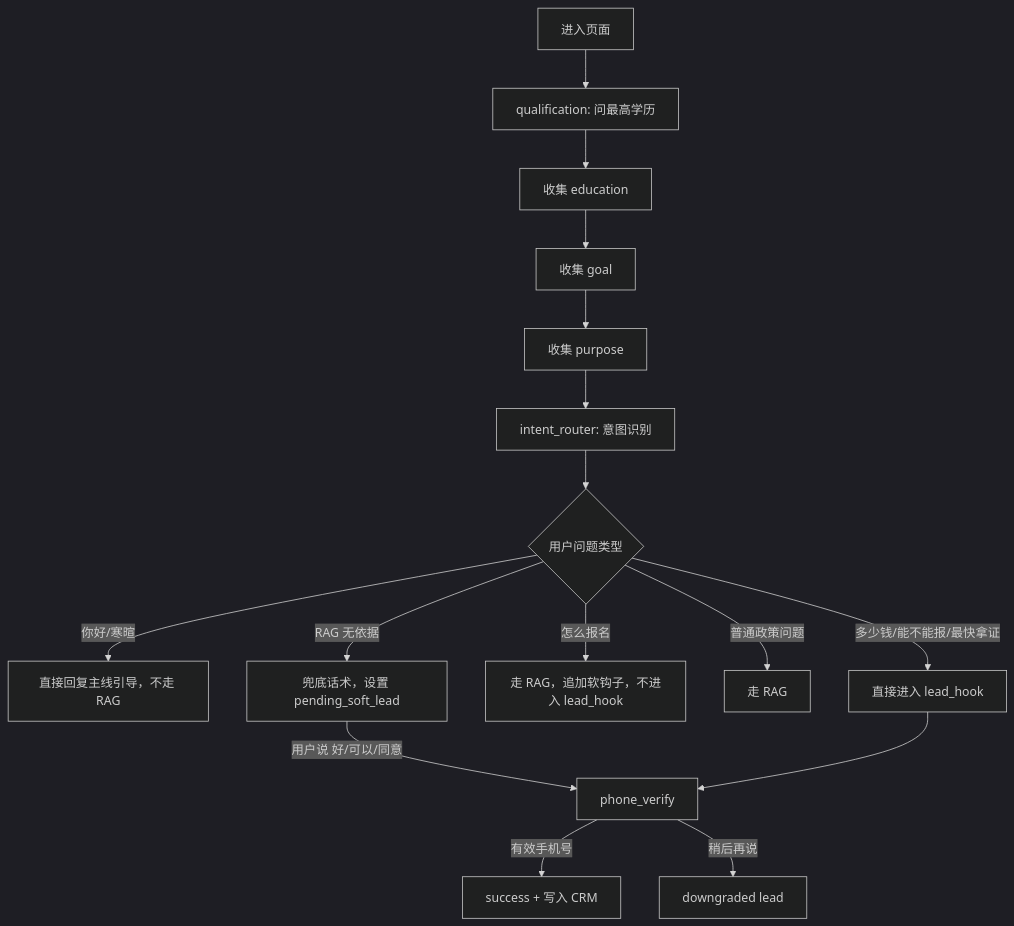
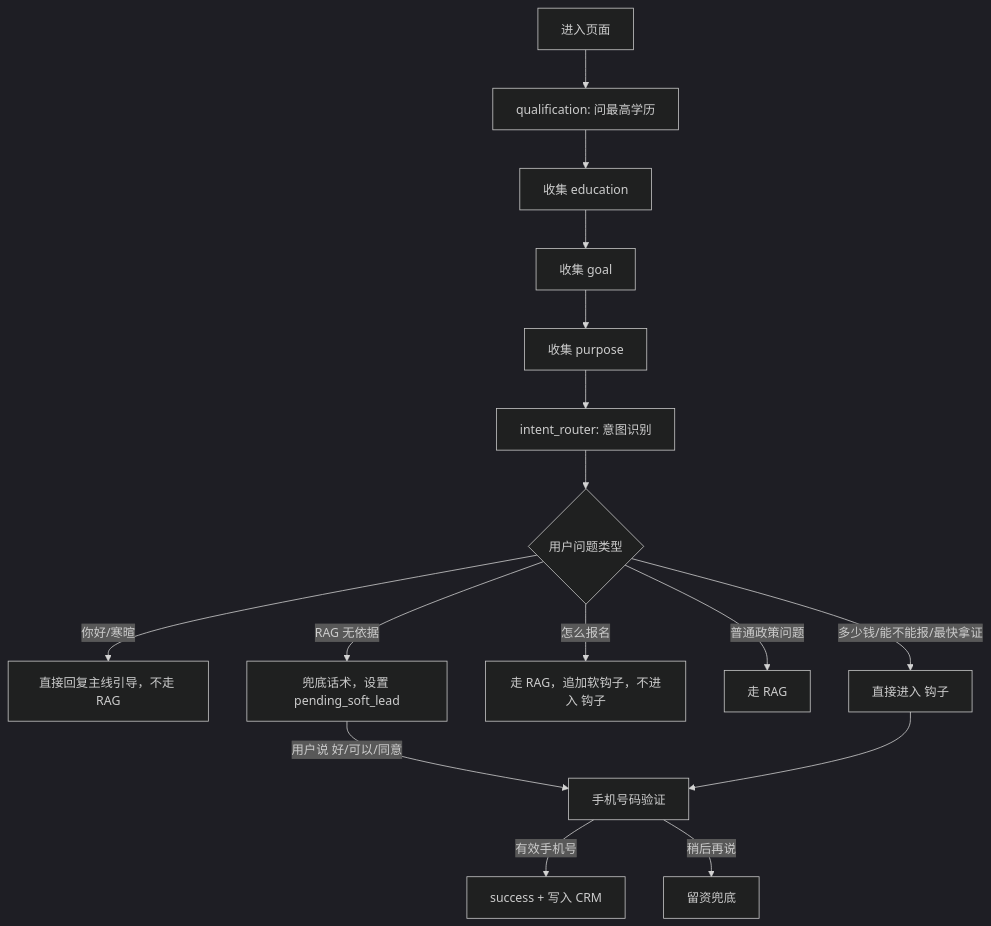
The second of 2 diagrams in README.md (2Rui88/--RAG---demo2), drawn with Mermaid (dark theme) before and after one commit.

Commit message:
Update flow descriptions in README.md

````diff
--- a/README.md
+++ b/README.md
@@ -18,18 +18,18 @@
 ```mermaid
 flowchart TD
   A["进入页面"] --> B["qualification: 问最高学历"]
   B --> C["收集 education"]
   C --> D["收集 goal"]
   D --> E["收集 purpose"]
   E --> F["intent_router: 意图识别"]
   F --> G{"用户问题类型"}
   G -- "你好/寒暄" --> H["直接回复主线引导，不走 RAG"]
-  G -- "多少钱/能不能报/最快拿证" --> I["直接进入 lead_hook"]
-  G -- "怎么报名" --> J["走 RAG，追加软钩子，不进入 lead_hook"]
+  G -- "多少钱/能不能报/最快拿证" --> I["直接进入 钩子"]
+  G -- "怎么报名" --> J["走 RAG，追加软钩子，不进入 钩子"]
   G -- "普通政策问题" --> K["走 RAG"]
   G -- "RAG 无依据" --> L["兜底话术，设置 pending_soft_lead"]
-  L -- "用户说 好/可以/同意" --> M["phone_verify"]
+  L -- "用户说 好/可以/同意" --> M["手机号码验证"]
   I --> M
   M -- "有效手机号" --> N["success + 写入 CRM"]
-  M -- "稍后再说" --> O["downgraded lead"]
+  M -- "稍后再说" --> O["留资兜底"]
 ```
````
